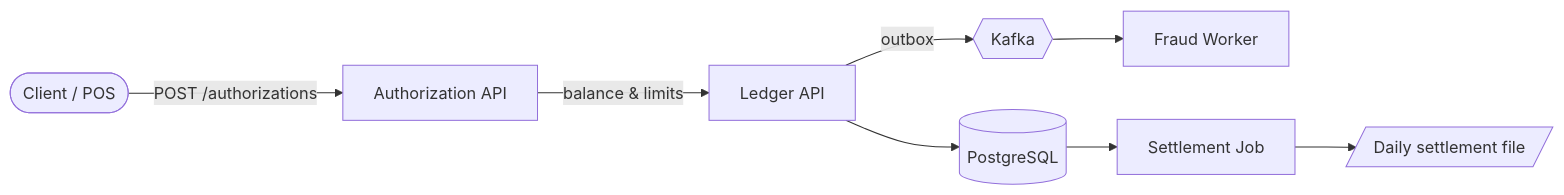
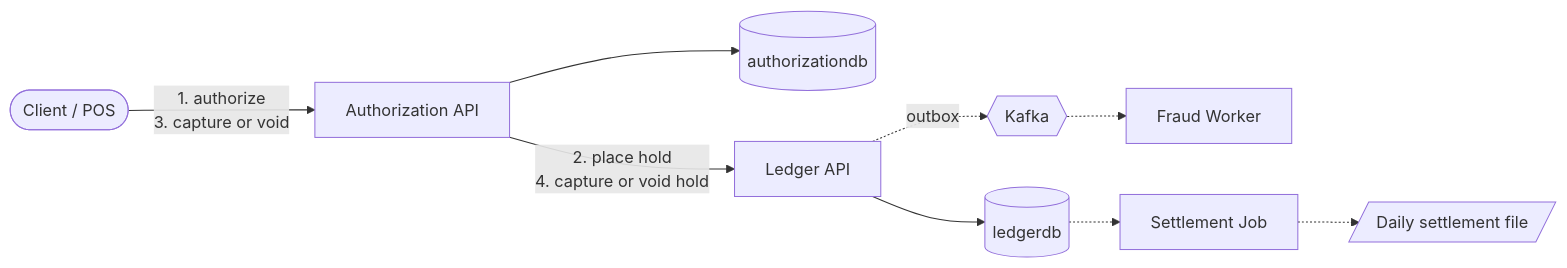
One commit to renato-aq/card-transaction-platform changed the first of 2 diagrams in README.md. Above: the diagram before and after it, drawn with Mermaid. The commit also changed other lines of this file, not shown here.

Commit message:
docs(readme): close phase 2 with authorization docs and examples

````diff
--- a/README.md
+++ b/README.md
@@ -12,10 +12,11 @@
 ```mermaid
 flowchart LR
-    client([Client / POS]) -->|POST /authorizations| auth[Authorization API]
-    auth -->|balance & limits| ledger[Ledger API]
-    ledger --> db[(PostgreSQL)]
-    ledger -->|outbox| kafka{{Kafka}}
-    kafka --> fraud[Fraud Worker]
-    db --> settlement[Settlement Job]
-    settlement --> file[/Daily settlement file/]
+    client([Client / POS]) -->|"1. authorize<br/>3. capture or void"| auth[Authorization API]
+    auth --> authdb[(authorizationdb)]
+    auth -->|"2. place hold<br/>4. capture or void hold"| ledger[Ledger API]
+    ledger --> ledgerdb[(ledgerdb)]
+    ledger -.->|outbox| kafka{{Kafka}}
+    kafka -.-> fraud[Fraud Worker]
+    ledgerdb -.-> settlement[Settlement Job]
+    settlement -.-> file[/Daily settlement file/]
 ```
````
